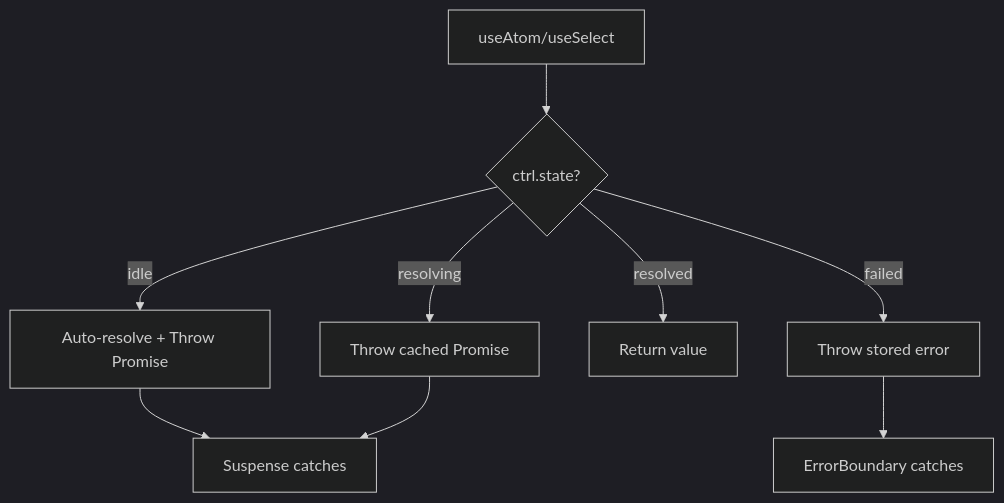
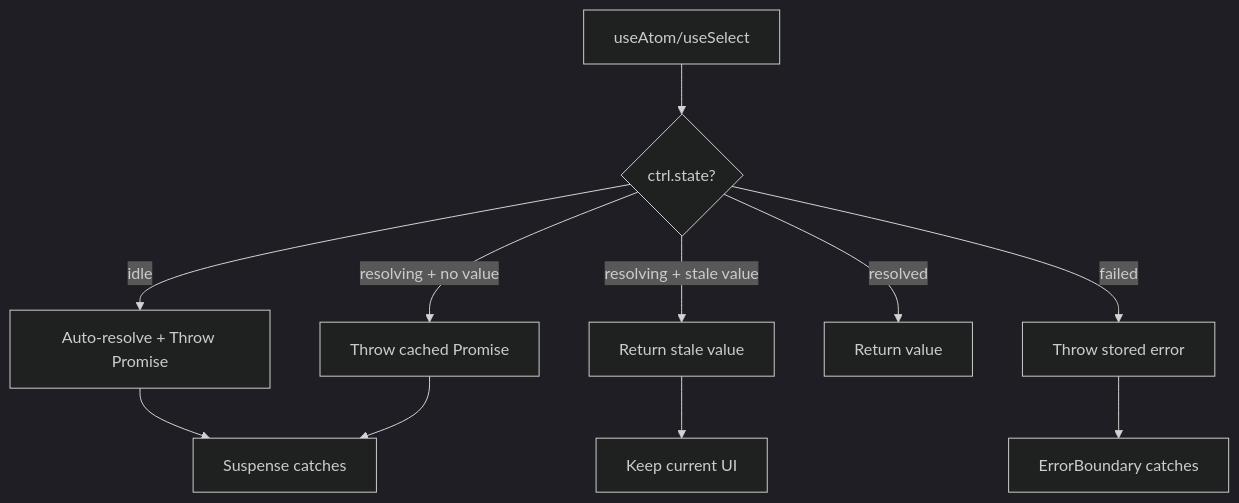
One commit to pumped-fn/pumped-fn changed the second of 3 diagrams in packages/lite-react/README.md. Above: the diagram before and after it, drawn with Mermaid (dark theme). The commit also changed other lines of this file and 17 other files, not shown here.

````diff
--- a/packages/lite-react/README.md
+++ b/packages/lite-react/README.md
@@ -34,14 +36,16 @@
 ```mermaid
 flowchart TD
     Hook[useAtom/useSelect]
     Hook --> State{ctrl.state?}
 
     State -->|idle| AutoResolve[Auto-resolve + Throw Promise]
-    State -->|resolving| Promise[Throw cached Promise]
+    State -->|resolving + stale value| Stale[Return stale value]
+    State -->|resolving + no value| Promise[Throw cached Promise]
     State -->|resolved| Value[Return value]
     State -->|failed| Stored[Throw stored error]
 
     AutoResolve --> Suspense[Suspense catches]
     Promise --> Suspense
+    Stale --> Render[Keep current UI]
     Stored --> ErrorBoundary[ErrorBoundary catches]
 ```
````
